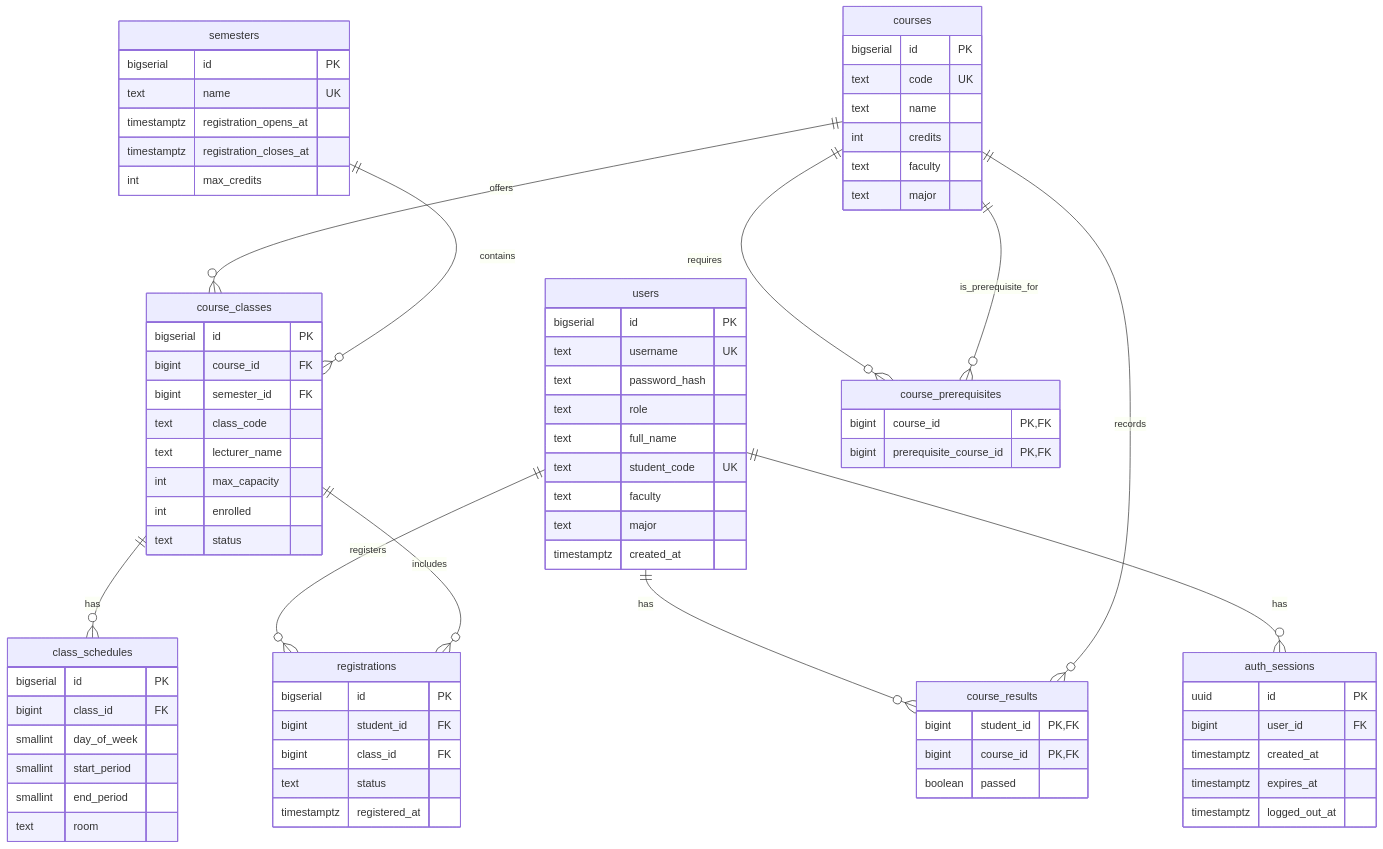
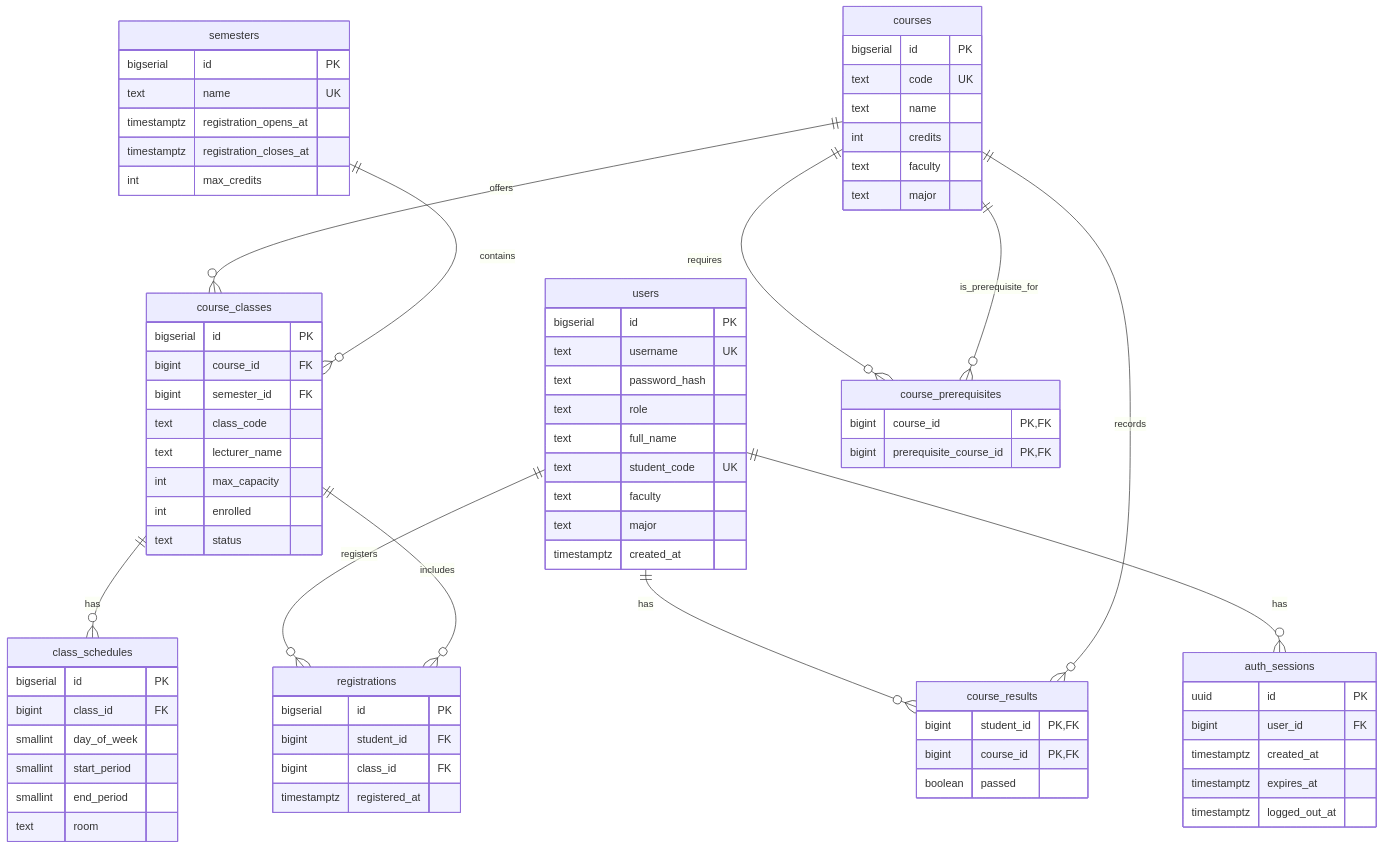
The diagram in docs/diagrams/erd/README.md (Akapi895/course-registration), drawn with Mermaid before and after one commit. The commit also changed 10 other files, not shown here.

```diff
--- a/docs/diagrams/erd/README.md
+++ b/docs/diagrams/erd/README.md
@@ -78,7 +78,6 @@
         bigserial id PK
         bigint student_id FK
         bigint class_id FK
-        text status
         timestamptz registered_at
     }
 
```
